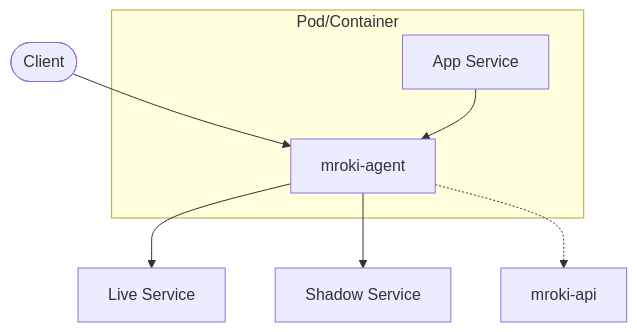
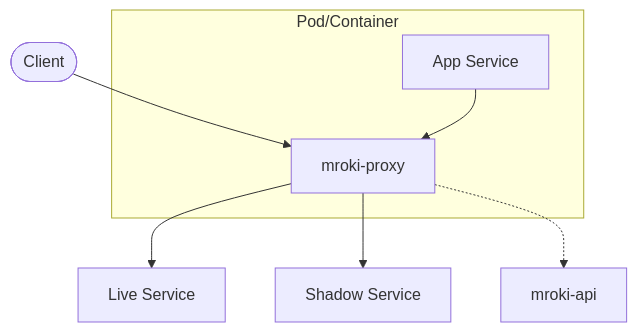
The third of 5 diagrams in docs/architecture/OVERVIEW.md (pedrobarco/mroki), drawn with Mermaid before and after one commit. The commit also changed other lines of this file and 32 other files, not shown here.

First line of the commit message:
refactor: rename mroki-agent to mroki-proxy

````diff
--- a/docs/architecture/OVERVIEW.md
+++ b/docs/architecture/OVERVIEW.md
@@ -350,12 +350,12 @@
 ```mermaid
 graph TD
-    Client([Client]) --> Agent
+    Client([Client]) --> Proxy[mroki-proxy]
 
     subgraph Pod/Container
-        App[App Service] --> Agent[mroki-agent]
+        App[App Service] --> Proxy
     end
 
-    Agent --> Live[Live Service]
-    Agent --> Shadow[Shadow Service]
-    Agent -.-> API[mroki-api]
+    Proxy --> Live[Live Service]
+    Proxy --> Shadow[Shadow Service]
+    Proxy -.-> API[mroki-api]
 ```
````
